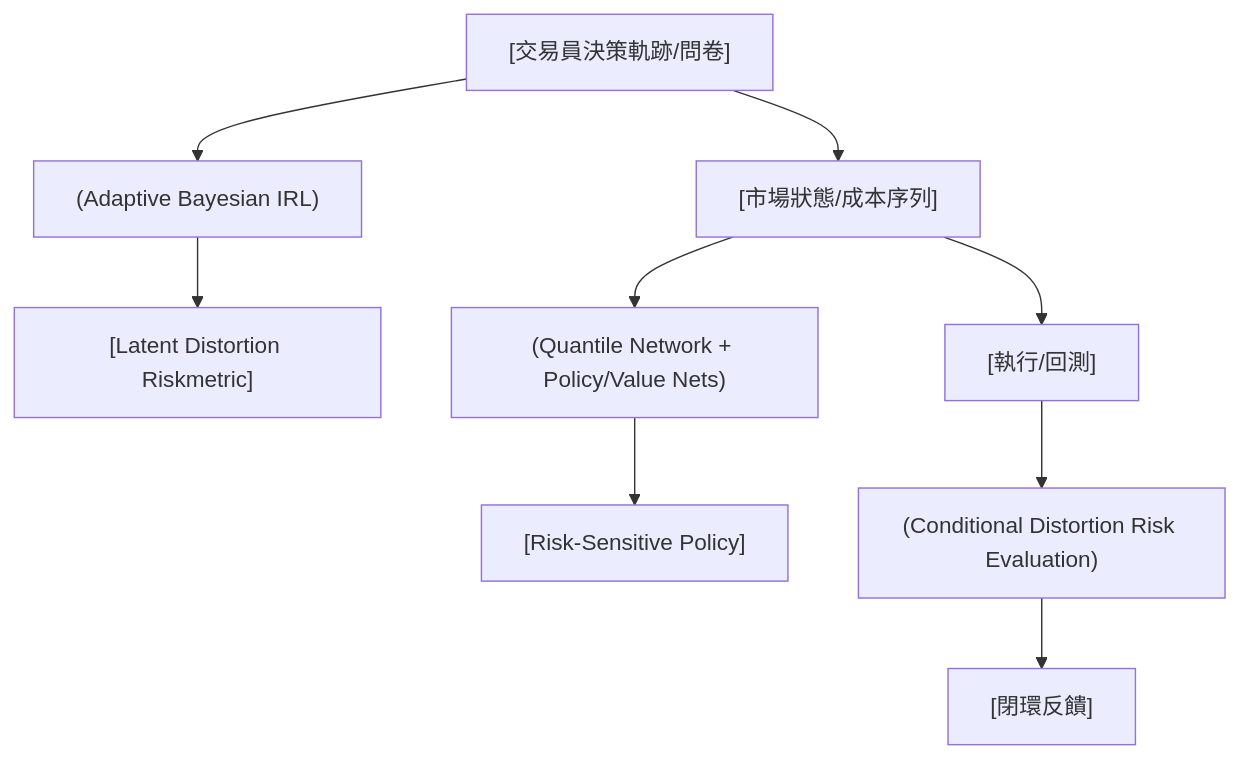
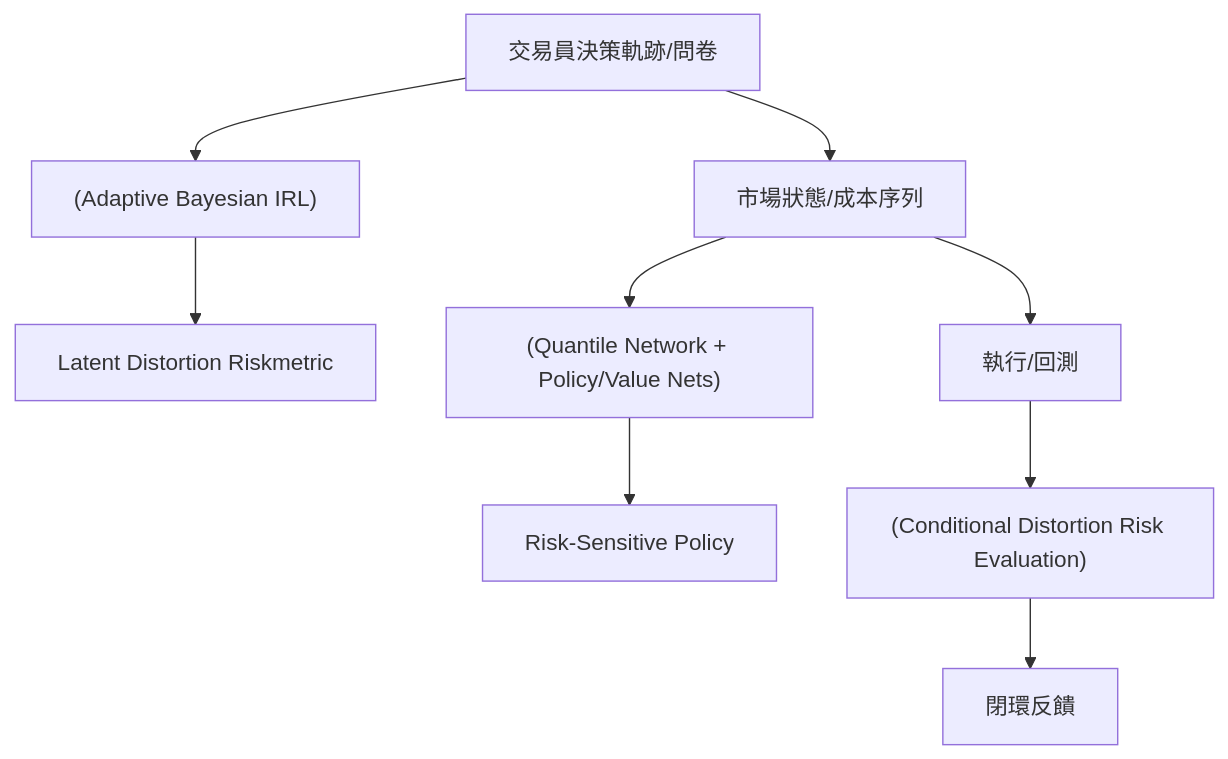
Before and after one commit to sou350121/Trading-Handbook: the diagram in foundations/reinforcement-learning/elicit-to-optimize-framework.md, drawn with Mermaid. The commit also changed other lines of this file and 191 other files, not shown here.

First line of the commit message:
render: fix math + mermaid for GitHub across the corpus (188 pages)

````diff
--- a/foundations/reinforcement-learning/elicit-to-optimize-framework.md
+++ b/foundations/reinforcement-learning/elicit-to-optimize-framework.md
@@ -32,11 +32,11 @@
 ```mermaid
 flowchart TD
-    A["[交易員決策軌跡/問卷]"] --> B["(Adaptive Bayesian IRL)"]
-    B["(Adaptive Bayesian IRL)"] --> C["[Latent Distortion Riskmetric]"]
-    A["[交易員決策軌跡/問卷]"] --> D["[市場狀態/成本序列]"]
-    D["[市場狀態/成本序列]"] --> E["(Quantile Network + Policy/Value Nets)"]
-    E["(Quantile Network + Policy/Value Nets)"] --> F["[Risk-Sensitive Policy]"]
-    D["[市場狀態/成本序列]"] --> G["[執行/回測]"]
-    G["[執行/回測]"] --> H["(Conditional Distortion Risk Evaluation)"]
-    H["(Conditional Distortion Risk Evaluation)"] --> I["[閉環反饋]"]
+    A["交易員決策軌跡/問卷"] --> B["(Adaptive Bayesian IRL)"]
+    B["(Adaptive Bayesian IRL)"] --> C["Latent Distortion Riskmetric"]
+    A["交易員決策軌跡/問卷"] --> D["市場狀態/成本序列"]
+    D["市場狀態/成本序列"] --> E["(Quantile Network + Policy/Value Nets)"]
+    E["(Quantile Network + Policy/Value Nets)"] --> F["Risk-Sensitive Policy"]
+    D["市場狀態/成本序列"] --> G["執行/回測"]
+    G["執行/回測"] --> H["(Conditional Distortion Risk Evaluation)"]
+    H["(Conditional Distortion Risk Evaluation)"] --> I["閉環反饋"]
 ```
````
